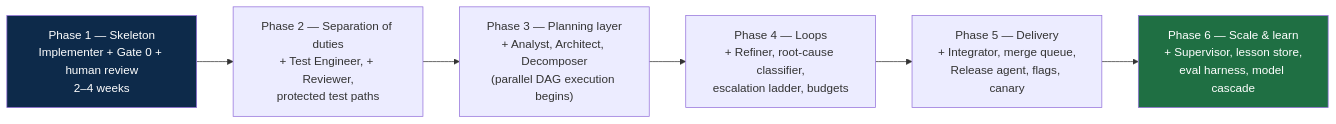
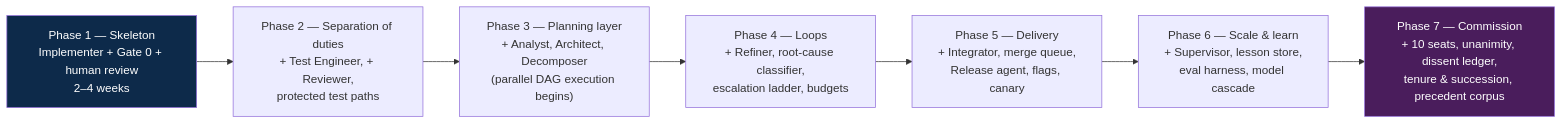
Before and after one commit to Kafloosi/Ai-agent-test: the diagram in docs/06-implementation-guide.md, drawn with Mermaid. The commit also changed other lines of this file and 11 other files, not shown here.

````diff
--- a/docs/06-implementation-guide.md
+++ b/docs/06-implementation-guide.md
@@ -35,12 +35,13 @@
 ```mermaid
 flowchart LR
     P1["Phase 1 — Skeleton<br/>Implementer + Gate 0 + human review<br/>2–4 weeks"] --> P2
     P2["Phase 2 — Separation of duties<br/>+ Test Engineer, + Reviewer,<br/>protected test paths"] --> P3
     P3["Phase 3 — Planning layer<br/>+ Analyst, Architect, Decomposer<br/>(parallel DAG execution begins)"] --> P4
     P4["Phase 4 — Loops<br/>+ Refiner, root-cause classifier,<br/>escalation ladder, budgets"] --> P5
     P5["Phase 5 — Delivery<br/>+ Integrator, merge queue,<br/>Release agent, flags, canary"] --> P6
-    P6["Phase 6 — Scale &amp; learn<br/>+ Supervisor, lesson store,<br/>eval harness, model cascade"]
+    P6["Phase 6 — Scale &amp; learn<br/>+ Supervisor, lesson store,<br/>eval harness, model cascade"] --> P7
+    P7["Phase 7 — Commission<br/>+ 10 seats, unanimity, dissent ledger,<br/>tenure &amp; succession, precedent corpus"]
 
     style P1 fill:#0d2a4a,color:#fff
-    style P6 fill:#1f6f43,color:#fff
+    style P7 fill:#4a1d5c,color:#fff
 ```
````
